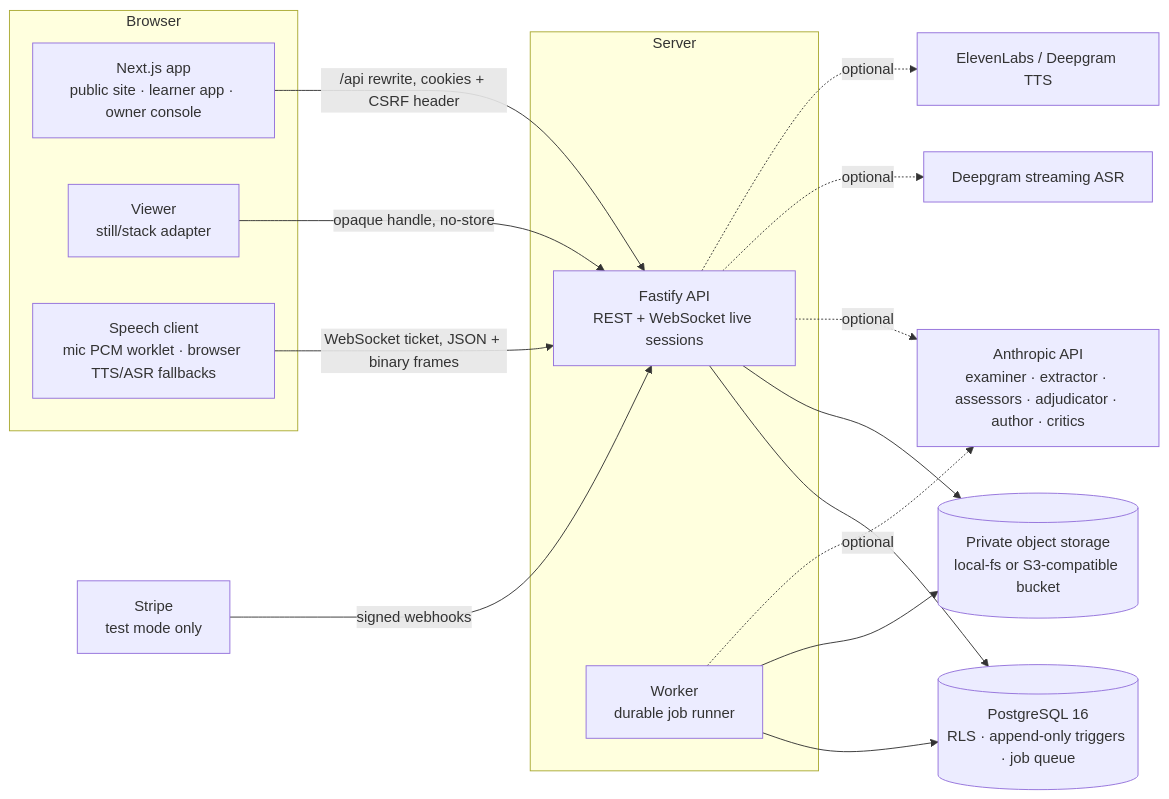
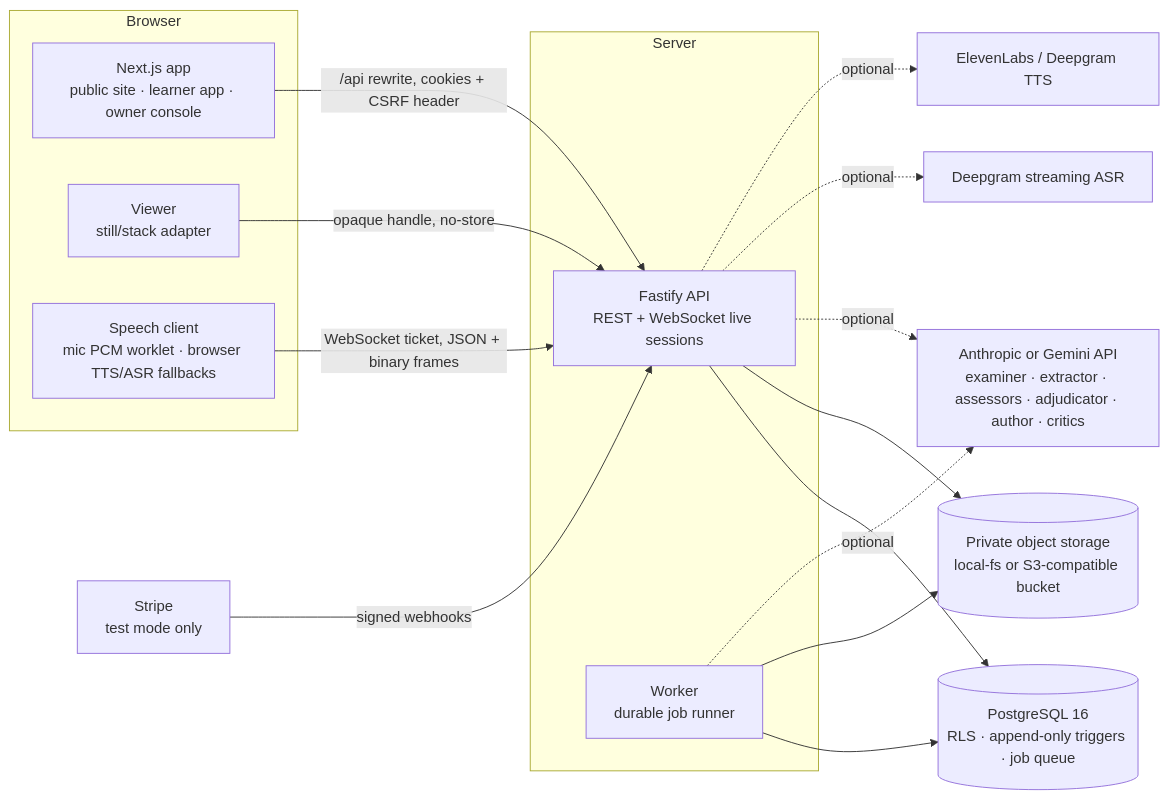
Before and after one commit to punture/Radexamsim: the first of 3 diagrams in docs/ARCHITECTURE.md, drawn with Mermaid. The commit also changed other lines of this file and 42 other files, not shown here.

````diff
--- a/docs/ARCHITECTURE.md
+++ b/docs/ARCHITECTURE.md
@@ -21,30 +21,30 @@
 ```mermaid
 flowchart LR
   subgraph Browser
     W[Next.js app<br/>public site · learner app · owner console]
     V[Viewer<br/>still/stack adapter]
     S[Speech client<br/>mic PCM worklet · browser TTS/ASR fallbacks]
   end
   subgraph Server
     API[Fastify API<br/>REST + WebSocket live sessions]
     WK[Worker<br/>durable job runner]
   end
   DB[(PostgreSQL 16<br/>RLS · append-only triggers · job queue)]
   ST[(Private object storage<br/>local-fs or S3-compatible bucket)]
-  LLM[Anthropic API<br/>examiner · extractor · assessors · adjudicator · author · critics]
+  LLM[Anthropic or Gemini API<br/>examiner · extractor · assessors · adjudicator · author · critics]
   ASR[Deepgram streaming ASR]
   TTS[ElevenLabs / Deepgram TTS]
   STRIPE[Stripe<br/>test mode only]
   W -- /api rewrite, cookies + CSRF header --> API
   S -- WebSocket ticket, JSON + binary frames --> API
   V -- opaque handle, no-store --> API
   API --> DB
   WK --> DB
   API --> ST
   WK --> ST
   API -. optional .-> LLM
   WK -. optional .-> LLM
   API -. optional .-> ASR
   API -. optional .-> TTS
   STRIPE -- signed webhooks --> API
 ```
````
